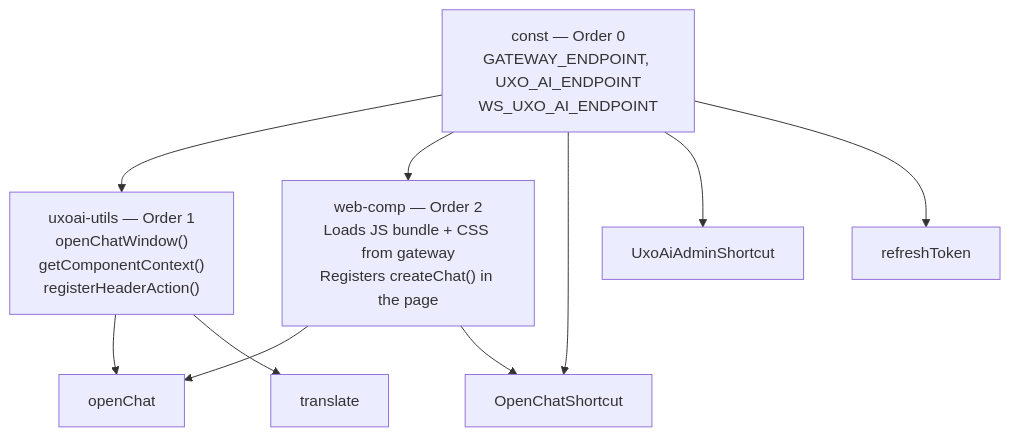
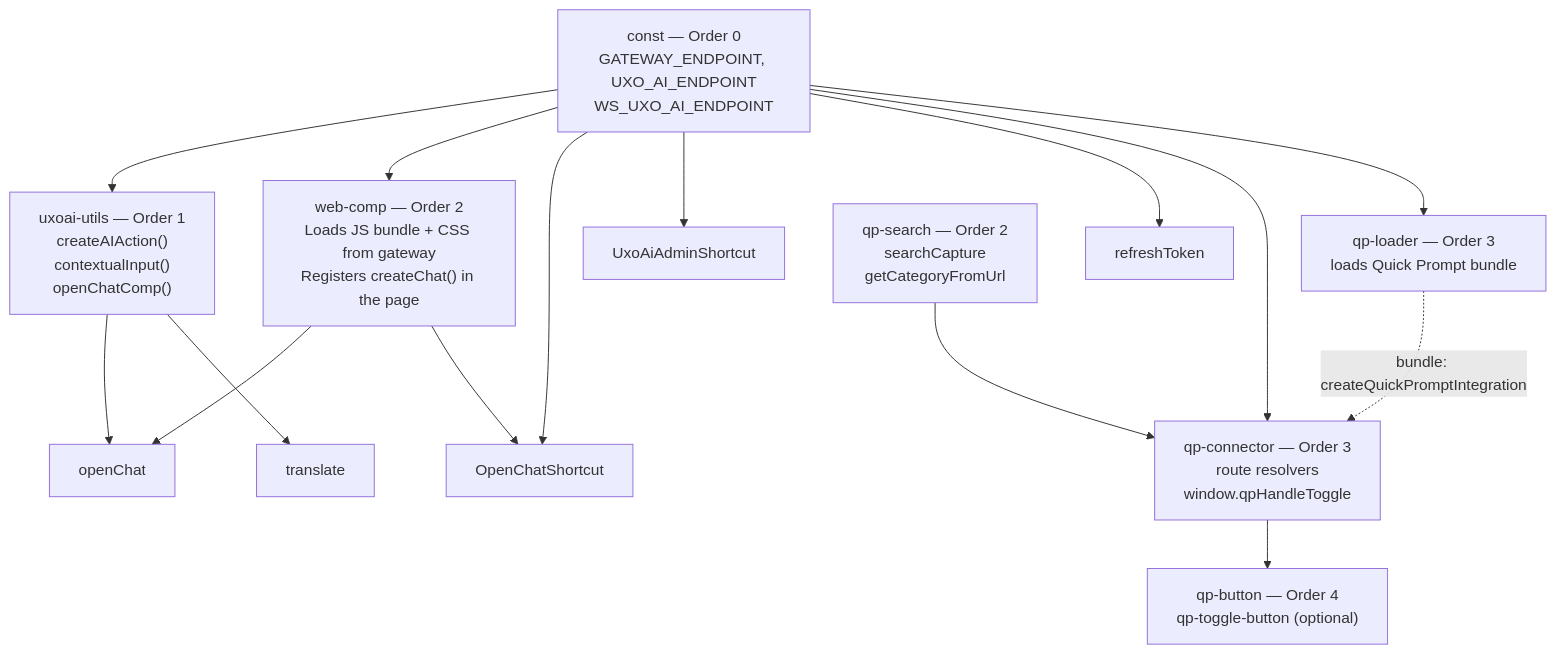
One commit to Uxopian/uxodocs changed the diagram in docs/uxopian-ai/how_to/configure_flowerdocs_scope.mdx. Above: the diagram before and after it, drawn with Mermaid. The commit also changed other lines of this file and 13 other files, not shown here.

First line of the commit message:
docs(uxopian-ai): wire Quick Prompt into the FlowerDocs scope

````diff
--- a/docs/uxopian-ai/how_to/configure_flowerdocs_scope.mdx
+++ b/docs/uxopian-ai/how_to/configure_flowerdocs_scope.mdx
@@ -48,21 +56,32 @@
 ```mermaid
 flowchart TD
     consts["const — Order 0<br/>GATEWAY_ENDPOINT, UXO_AI_ENDPOINT<br/>WS_UXO_AI_ENDPOINT"]
-    utils["uxoai-utils — Order 1<br/>openChatWindow()<br/>getComponentContext()<br/>registerHeaderAction()"]
+    utils["uxoai-utils — Order 1<br/>createAIAction()<br/>contextualInput()<br/>openChatComp()"]
     webcomp["web-comp — Order 2<br/>Loads JS bundle + CSS from gateway<br/>Registers createChat() in the page"]
     openChat["openChat"]
     shortcut["OpenChatShortcut"]
     adminShortcut["UxoAiAdminShortcut"]
     refresh["refreshToken"]
     translate["translate"]
+
+    qpSearch["qp-search — Order 2<br/>searchCapture<br/>getCategoryFromUrl"]
+    qpConnector["qp-connector — Order 3<br/>route resolvers<br/>window.qpHandleToggle"]
+    qpLoader["qp-loader — Order 3<br/>loads Quick Prompt bundle"]
+    qpButton["qp-button — Order 4<br/>qp-toggle-button (optional)"]
 
     consts --> utils
     consts --> webcomp
     consts --> shortcut
     consts --> adminShortcut
     consts --> refresh
     utils --> openChat
     utils --> translate
     webcomp --> openChat
     webcomp --> shortcut
+
+    consts --> qpConnector
+    consts --> qpLoader
+    qpSearch --> qpConnector
+    qpLoader -. "bundle: createQuickPromptIntegration" .-> qpConnector
+    qpConnector --> qpButton
 ```
````
